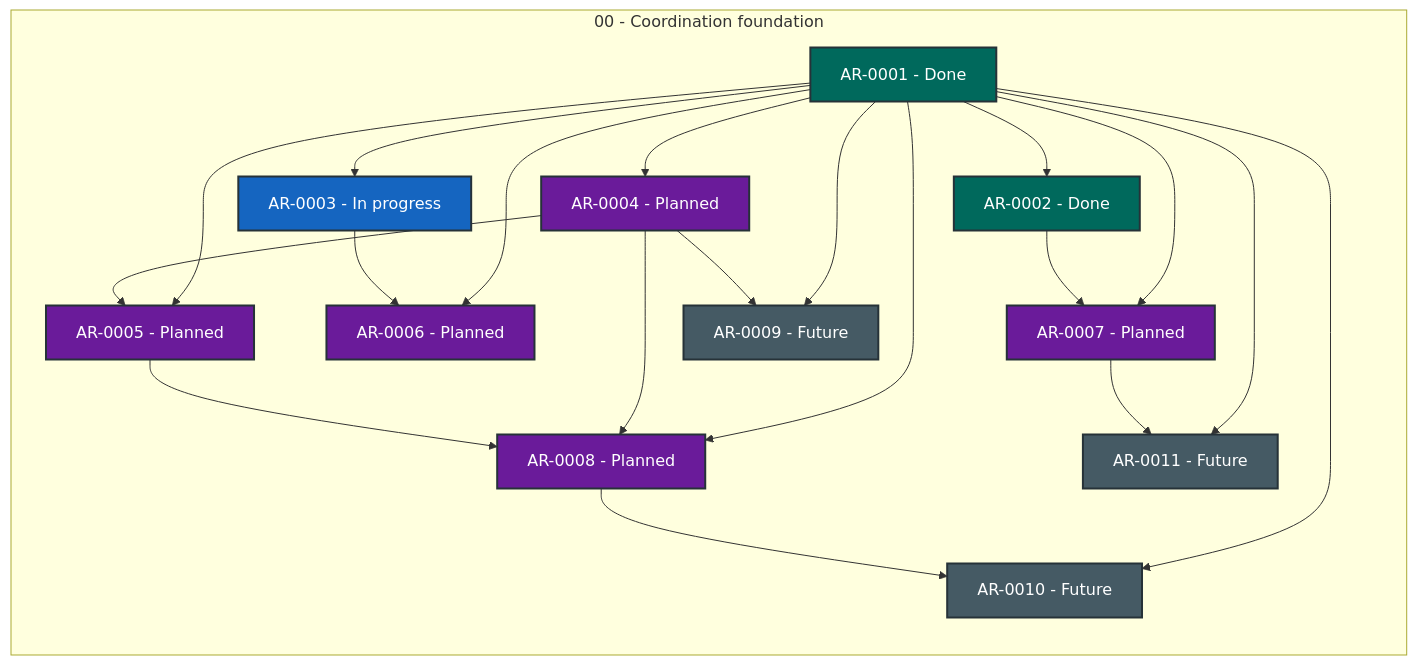
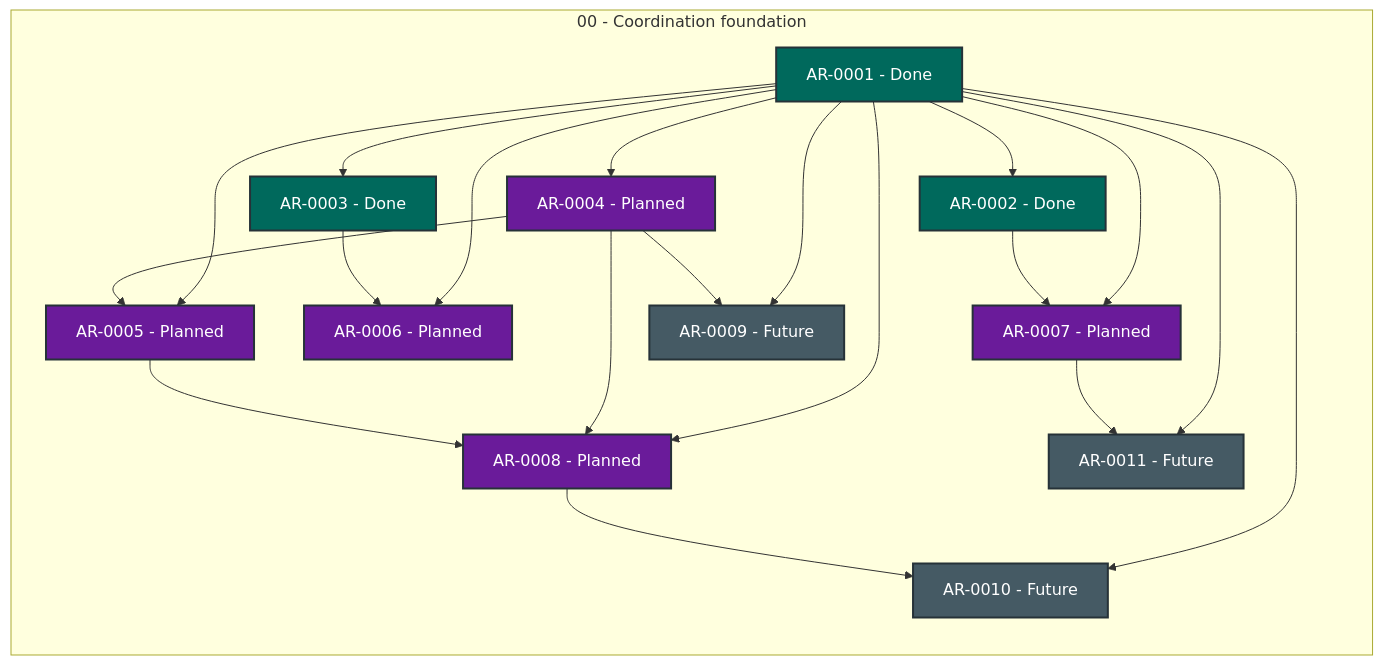
The diagram in STATUS.md (martin-beck/agent-workflow-quality-state), drawn with Mermaid before and after one commit. The commit also changed other lines of this file and 2 other files, not shown here.

````diff
--- a/STATUS.md
+++ b/STATUS.md
@@ -27,43 +27,43 @@
 ```mermaid
 flowchart LR
     subgraph series_00["00 - Coordination foundation"]
         direction TB
         AR_0001["AR-0001 - Done"]:::status_done
         AR_0002["AR-0002 - Done"]:::status_done
-        AR_0003["AR-0003 - In progress"]:::status_in_progress
+        AR_0003["AR-0003 - Done"]:::status_done
         AR_0004["AR-0004 - Planned"]:::status_planned
         AR_0005["AR-0005 - Planned"]:::status_planned
         AR_0006["AR-0006 - Planned"]:::status_planned
         AR_0007["AR-0007 - Planned"]:::status_planned
         AR_0008["AR-0008 - Planned"]:::status_planned
         AR_0009["AR-0009 - Future"]:::status_future
         AR_0010["AR-0010 - Future"]:::status_future
         AR_0011["AR-0011 - Future"]:::status_future
     end
     AR_0001 --> AR_0002
     AR_0001 --> AR_0003
     AR_0001 --> AR_0004
     AR_0001 --> AR_0005
     AR_0001 --> AR_0006
     AR_0001 --> AR_0007
     AR_0001 --> AR_0008
     AR_0001 --> AR_0009
     AR_0001 --> AR_0010
     AR_0001 --> AR_0011
     AR_0002 --> AR_0007
     AR_0003 --> AR_0006
     AR_0004 --> AR_0005
     AR_0004 --> AR_0008
     AR_0004 --> AR_0009
     AR_0005 --> AR_0008
     AR_0007 --> AR_0011
     AR_0008 --> AR_0010
     classDef status_in_progress fill:#1565c0,color:#ffffff,stroke:#263238,stroke-width:2px
     classDef status_open fill:#2e7d32,color:#ffffff,stroke:#263238,stroke-width:2px
     classDef status_blocked fill:#c62828,color:#ffffff,stroke:#263238,stroke-width:2px
     classDef status_planned fill:#6a1b9a,color:#ffffff,stroke:#263238,stroke-width:2px
     classDef status_future fill:#455a64,color:#ffffff,stroke:#263238,stroke-width:2px
     classDef status_done fill:#00695c,color:#ffffff,stroke:#263238,stroke-width:2px
     classDef status_cancelled fill:#616161,color:#ffffff,stroke:#263238,stroke-width:2px
     classDef status_superseded fill:#5d4037,color:#ffffff,stroke:#263238,stroke-width:2px
 ```
````
